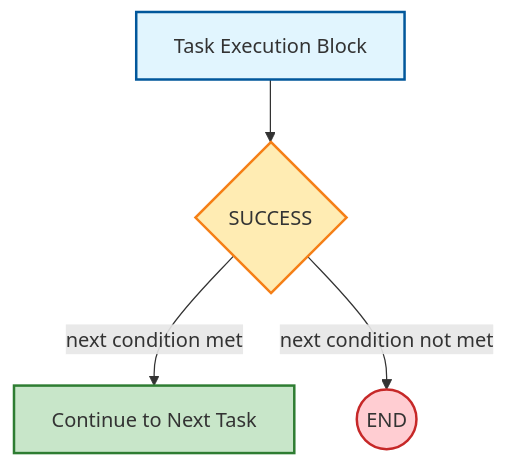
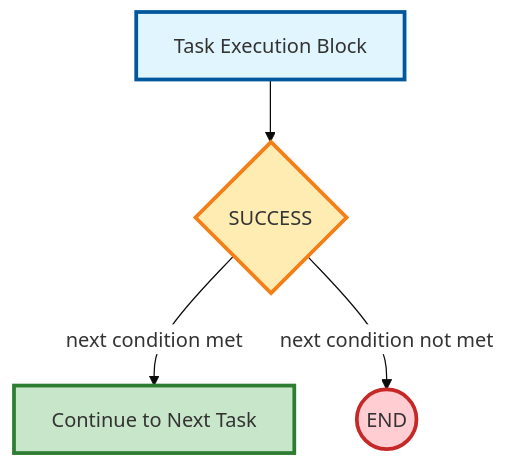
Before and after one commit to bastelbude1/Tasker: the second of 7 diagrams in TaskER_FlowChart.md, drawn with Mermaid. The commit also changed other lines of this file, not shown here.

First line of the commit message:
🎯 Split End Block into Success/Failure and improve graph visibility

````diff
--- a/TaskER_FlowChart.md
+++ b/TaskER_FlowChart.md
@@ -57,11 +58,12 @@
 ```mermaid
+%%{init: {'theme':'base', 'themeVariables': {'primaryColor':'#ffffff'}}}%%
 flowchart TD
     A[Task Execution Block] --> B{SUCCESS}
     B -->|next condition met| C[Continue to Next Task]
     B -->|next condition not met| D((END))
 
-    style A fill:#e1f5fe,stroke:#01579b,stroke-width:2px
-    style B fill:#ffecb3,stroke:#f57f17,stroke-width:2px
-    style C fill:#c8e6c9,stroke:#2e7d32,stroke-width:2px
-    style D fill:#ffcdd2,stroke:#c62828,stroke-width:2px
+    style A fill:#e1f5fe,stroke:#01579b,stroke-width:3px
+    style B fill:#ffecb3,stroke:#f57f17,stroke-width:3px
+    style C fill:#c8e6c9,stroke:#2e7d32,stroke-width:3px
+    style D fill:#ffcdd2,stroke:#c62828,stroke-width:3px
 ```
````
